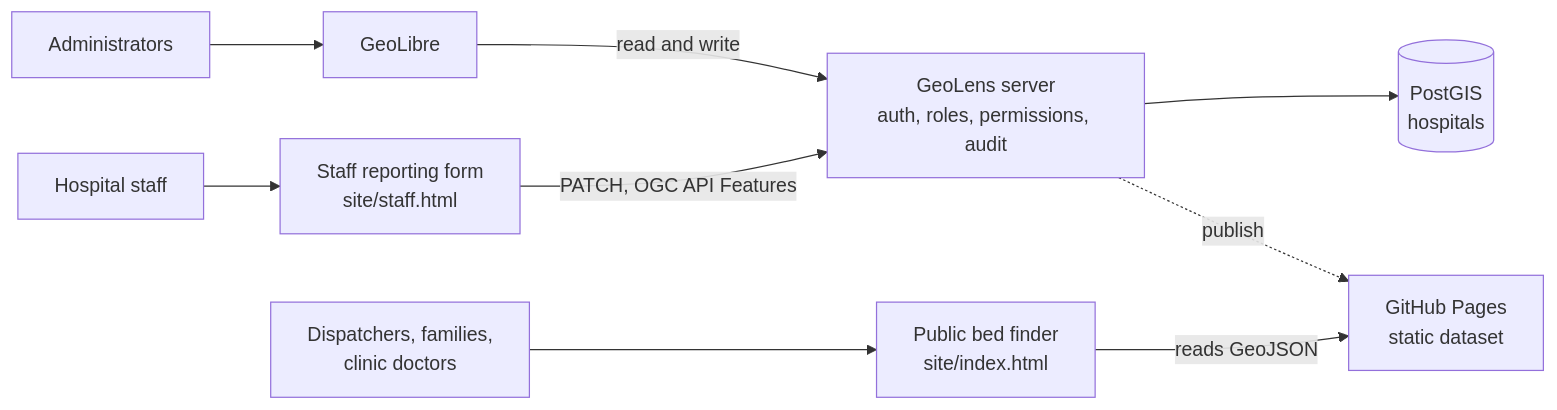
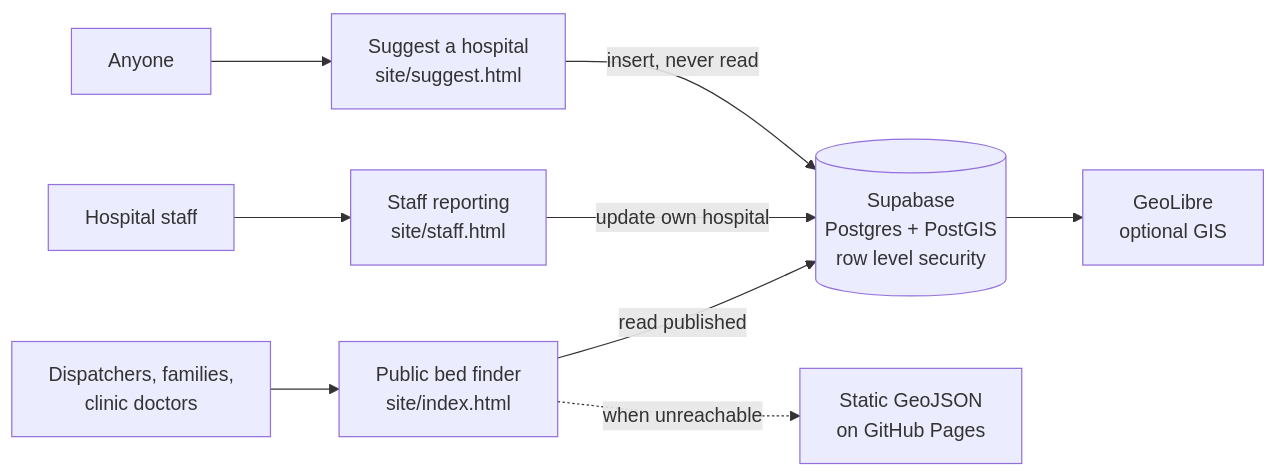
The diagram in README.md (desmond-lartey/ghana-hospital-beds), drawn with Mermaid before and after one commit. The commit also changed other lines of this file and 12 other files, not shown here.

````diff
--- a/README.md
+++ b/README.md
@@ -46,13 +49,13 @@
 ```mermaid
 flowchart LR
-  Staff[Hospital staff] --> Form[Staff reporting form<br/>site/staff.html]
   Public[Dispatchers, families,<br/>clinic doctors] --> Finder[Public bed finder<br/>site/index.html]
-  Admin[Administrators] --> GeoLibre[GeoLibre]
+  Staff[Hospital staff] --> Form[Staff reporting<br/>site/staff.html]
+  Anyone[Anyone] --> Suggest[Suggest a hospital<br/>site/suggest.html]
 
-  Form -->|PATCH, OGC API Features| API[GeoLens server<br/>auth, roles, permissions, audit]
-  GeoLibre -->|read and write| API
-  API --> DB[(PostGIS<br/>hospitals)]
+  Finder -->|read published| DB[(Supabase<br/>Postgres + PostGIS<br/>row level security)]
+  Form -->|update own hospital| DB
+  Suggest -->|insert, never read| DB
 
-  Finder -->|reads GeoJSON| Pages[GitHub Pages<br/>static dataset]
-  API -.->|publish| Pages
+  Finder -.->|when unreachable| File[Static GeoJSON<br/>on GitHub Pages]
+  DB --> GeoLibre[GeoLibre<br/>optional GIS]
 ```
````
